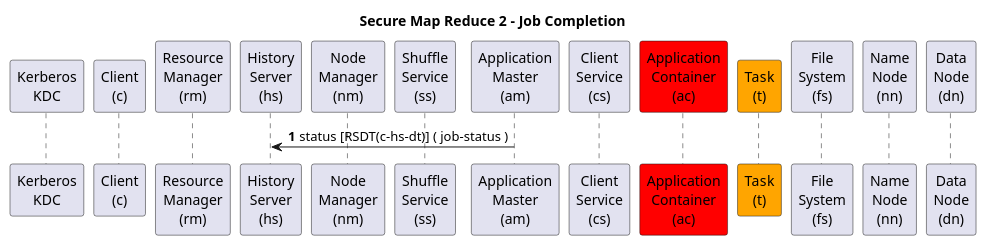
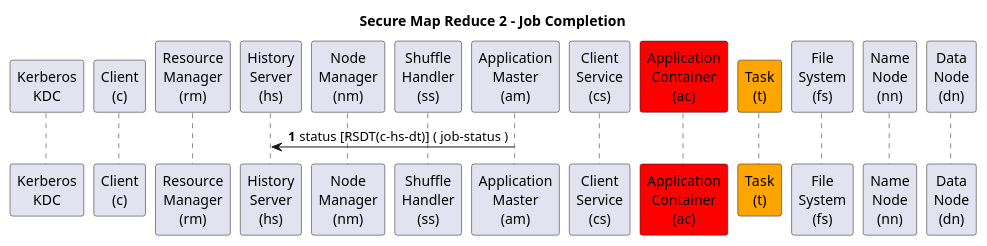
The diagram in hadoop/src/mr2/secure-mapreduce2-07-job-completion.puml (kminder/puml), drawn with PlantUML before and after one commit. The commit also changed 37 other files, not shown here.

```diff
--- a/hadoop/src/mr2/secure-mapreduce2-07-job-completion.puml
+++ b/hadoop/src/mr2/secure-mapreduce2-07-job-completion.puml
@@ -1,24 +1,24 @@
 @startuml
 title Secure Map Reduce 2 - Job Completion
 autonumber
 'hide footbox
 
 participant "Kerberos\nKDC" as KDC
 participant "Client\n(c)" as C
 participant "Resource\nManager\n(rm)" as RM
 participant "History\nServer\n(hs)" as HS
 participant "Node\nManager\n(nm)" as NM
-participant "Shuffle\nService\n(ss)" as SS
+participant "Shuffle\nHandler\n(ss)" as SS
 participant "Application\nMaster\n(am)" as AM
 participant "Client\nService\n(cs)" as CS
 participant "Application\nContainer\n(ac)" as AC #red
 participant "Task\n(t)" as T #orange
 participant "File\nSystem\n(fs)" as FS
 participant "Name\nNode\n(nn)" as NN
 participant "Data\nNode\n(dn)" as DN
 
-  'note over C,DN #green: QUESTION ?
+'note over C,DN #green: QUESTION ?
 
 AM->HS: status [RSDT(c-hs-dt)] ( job-status )
 
 @enduml
```
